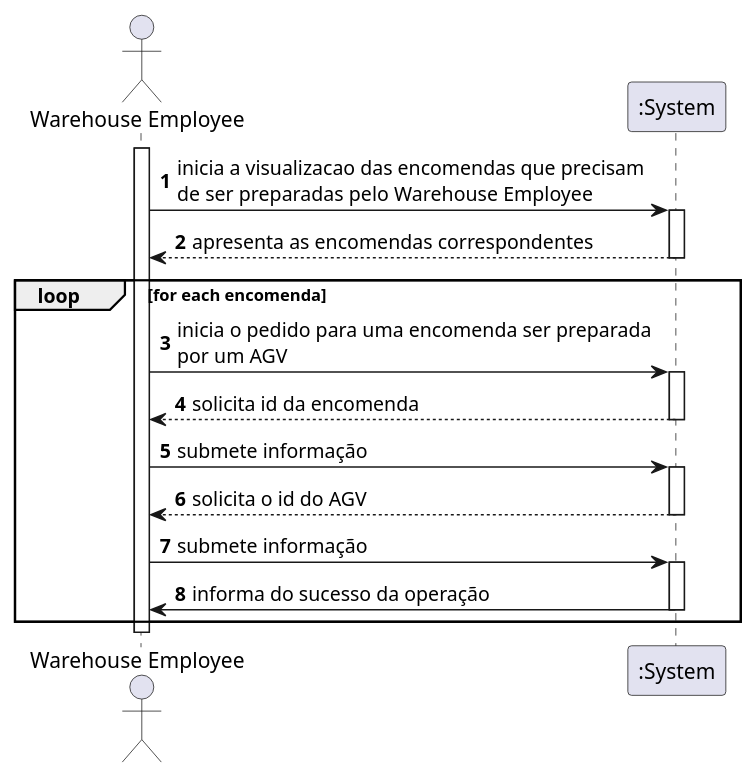
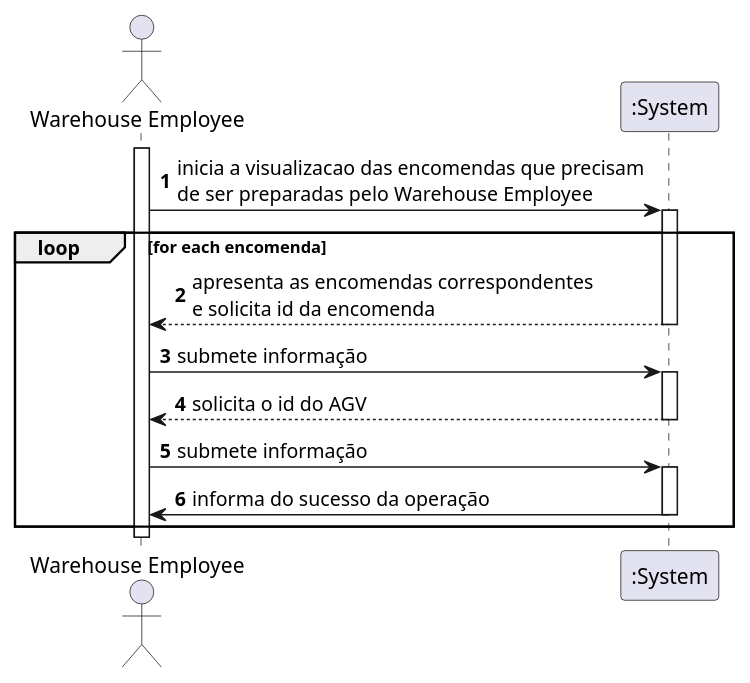
Before and after one commit to 1190772/LAB-Project-4: the diagram in Documentação/1190679/US2003/2003_SSD.puml, drawn with PlantUML. The commit also changed 5 other files, not shown here.

```diff
--- a/Documentação/1190679/US2003/2003_SSD.puml
+++ b/Documentação/1190679/US2003/2003_SSD.puml
@@ -1,26 +1,22 @@
 @startuml
 autonumber
 actor "Warehouse Employee" as WE
 
 activate WE
 WE -> ":System" : inicia a visualizacao das encomendas que precisam\nde ser preparadas pelo Warehouse Employee
 activate ":System"
-":System" --> WE : apresenta as encomendas correspondentes
-deactivate ":System"
 loop for each encomenda
-WE -> ":System" : inicia o pedido para uma encomenda ser preparada\npor um AGV
-activate ":System"
-":System" --> WE : solicita id da encomenda
+":System" --> WE : apresenta as encomendas correspondentes\ne solicita id da encomenda
 deactivate ":System"
 WE -> ":System" : submete informação
 activate ":System"
 ":System" --> WE : solicita o id do AGV
 deactivate ":System"
 WE -> ":System" : submete informação
 activate ":System"
 ":System" -> WE : informa do sucesso da operação
 deactivate ":System"
 end
 deactivate WE
 
 @enduml
```
